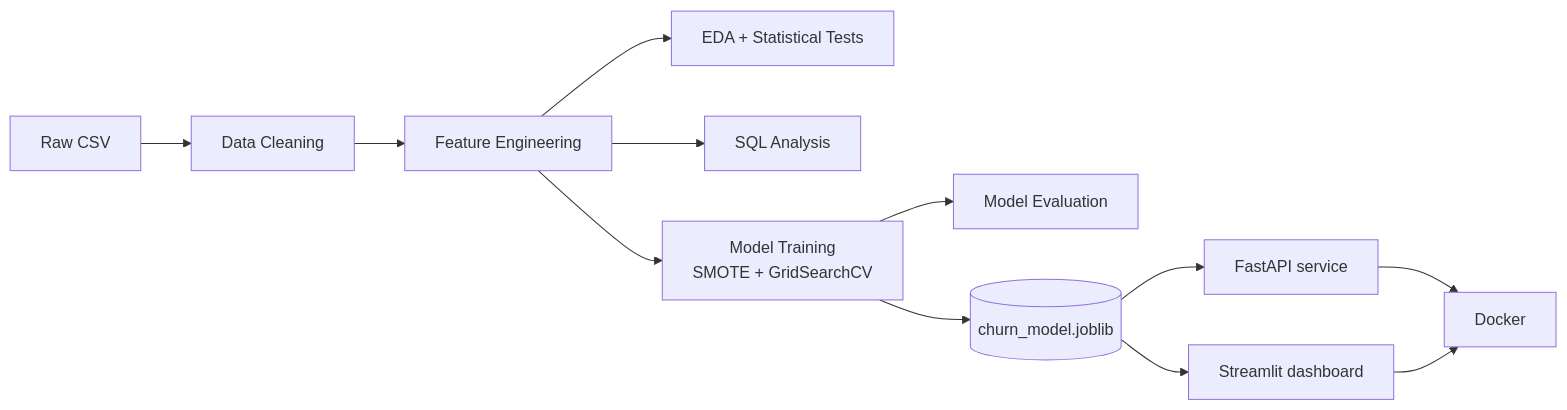
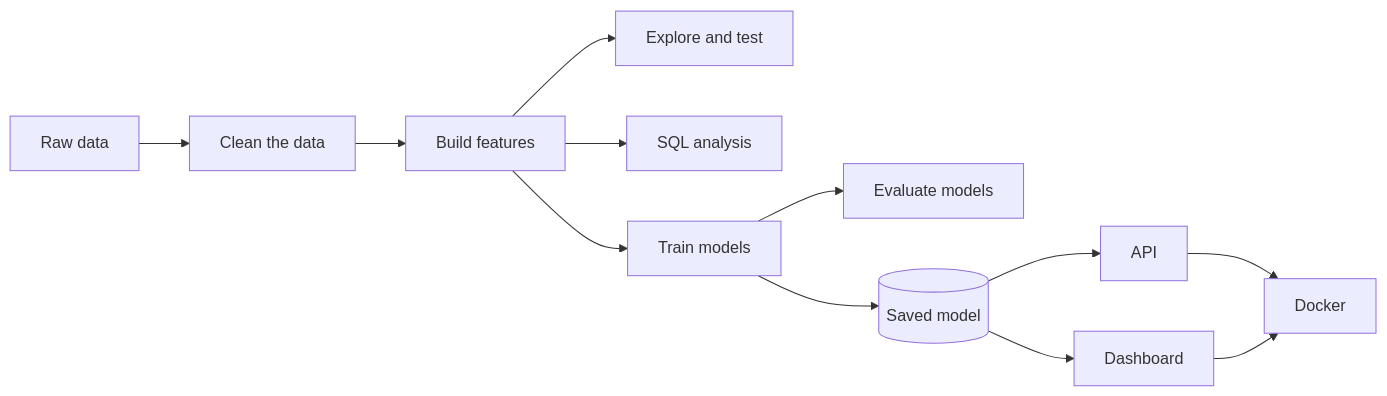
The diagram in README.md (NihalKhatwani/customer-churn-prediction), drawn with Mermaid before and after one commit. The commit also changed other lines of this file, not shown here.

````diff
--- a/README.md
+++ b/README.md
@@ -45,14 +46,14 @@
 ```mermaid
 flowchart LR
-    A[Raw CSV] --> B[Data Cleaning]
-    B --> C[Feature Engineering]
-    C --> D[EDA + Statistical Tests]
-    C --> E[SQL Analysis]
-    C --> F[Model Training<br/>SMOTE + GridSearchCV]
-    F --> G[Model Evaluation]
-    F --> H[(churn_model.joblib)]
-    H --> I[FastAPI service]
-    H --> J[Streamlit dashboard]
+    A[Raw data] --> B[Clean the data]
+    B --> C[Build features]
+    C --> D[Explore and test]
+    C --> E[SQL analysis]
+    C --> F[Train models]
+    F --> G[Evaluate models]
+    F --> H[(Saved model)]
+    H --> I[API]
+    H --> J[Dashboard]
     I --> K[Docker]
     J --> K
 ```
````
